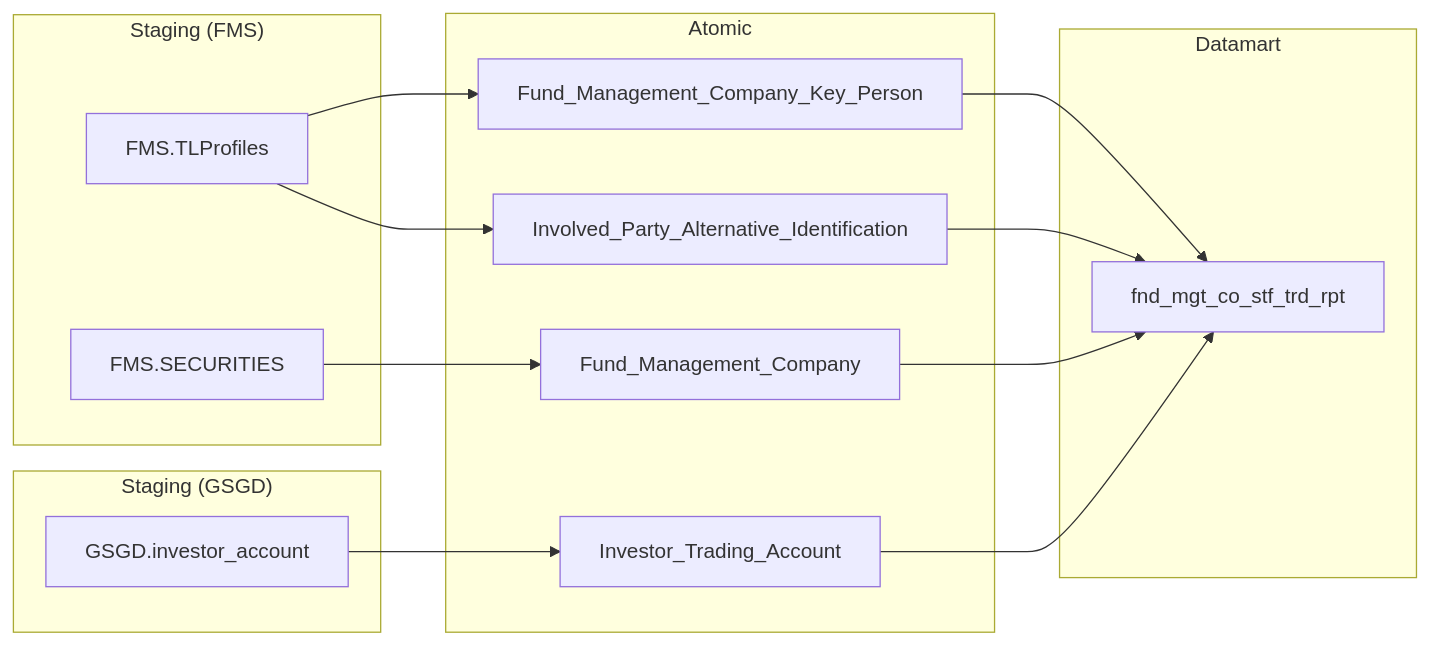
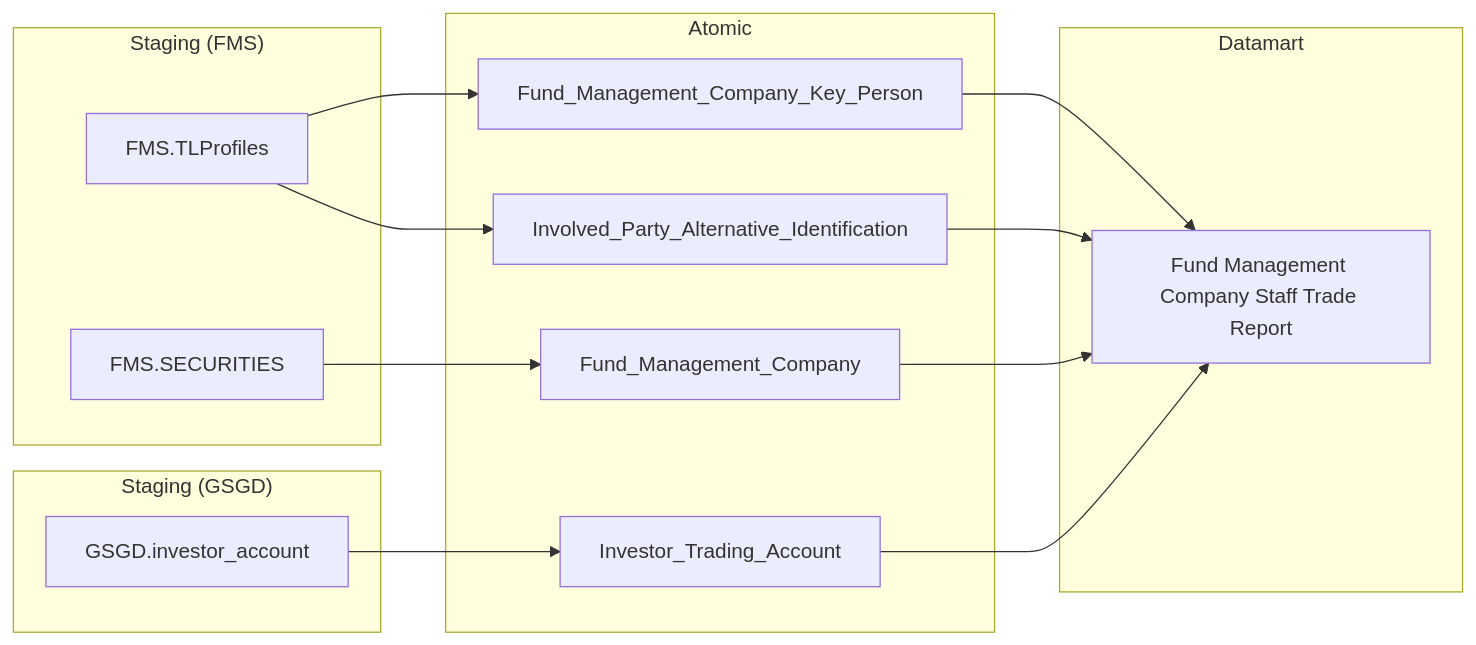
One commit to linhlvit/ubck_atomic_design changed the ninth of 9 diagrams in docs/output/datamart/FMS/DTM_FMS_PTTK.md. Above: the diagram before and after it, drawn with Mermaid. The commit also changed other lines of this file and 2 other files, not shown here.

````diff
--- a/docs/output/datamart/FMS/DTM_FMS_PTTK.md
+++ b/docs/output/datamart/FMS/DTM_FMS_PTTK.md
@@ -432,27 +432,27 @@
 ```mermaid
 flowchart LR
   subgraph Staging_FMS["Staging (FMS)"]
     FMS_TLProfiles["FMS.TLProfiles"]
     FMS_SECURITIES["FMS.SECURITIES"]
   end
   subgraph Staging_GSGD["Staging (GSGD)"]
     GSGD_investor_account["GSGD.investor_account"]
   end
   subgraph Atomic
     Fund_Management_Company_Key_Person
     Involved_Party_Alternative_Identification
     Fund_Management_Company
     Investor_Trading_Account
   end
   subgraph Datamart
-    fnd_mgt_co_stf_trd_rpt
+    fnd_mgt_co_stf_trd_rpt["Fund Management Company Staff Trade Report"]
   end
   FMS_TLProfiles --> Fund_Management_Company_Key_Person
   FMS_TLProfiles --> Involved_Party_Alternative_Identification
   FMS_SECURITIES --> Fund_Management_Company
   GSGD_investor_account --> Investor_Trading_Account
   Fund_Management_Company_Key_Person --> fnd_mgt_co_stf_trd_rpt
   Involved_Party_Alternative_Identification --> fnd_mgt_co_stf_trd_rpt
   Fund_Management_Company --> fnd_mgt_co_stf_trd_rpt
   Investor_Trading_Account --> fnd_mgt_co_stf_trd_rpt
 ```
````
